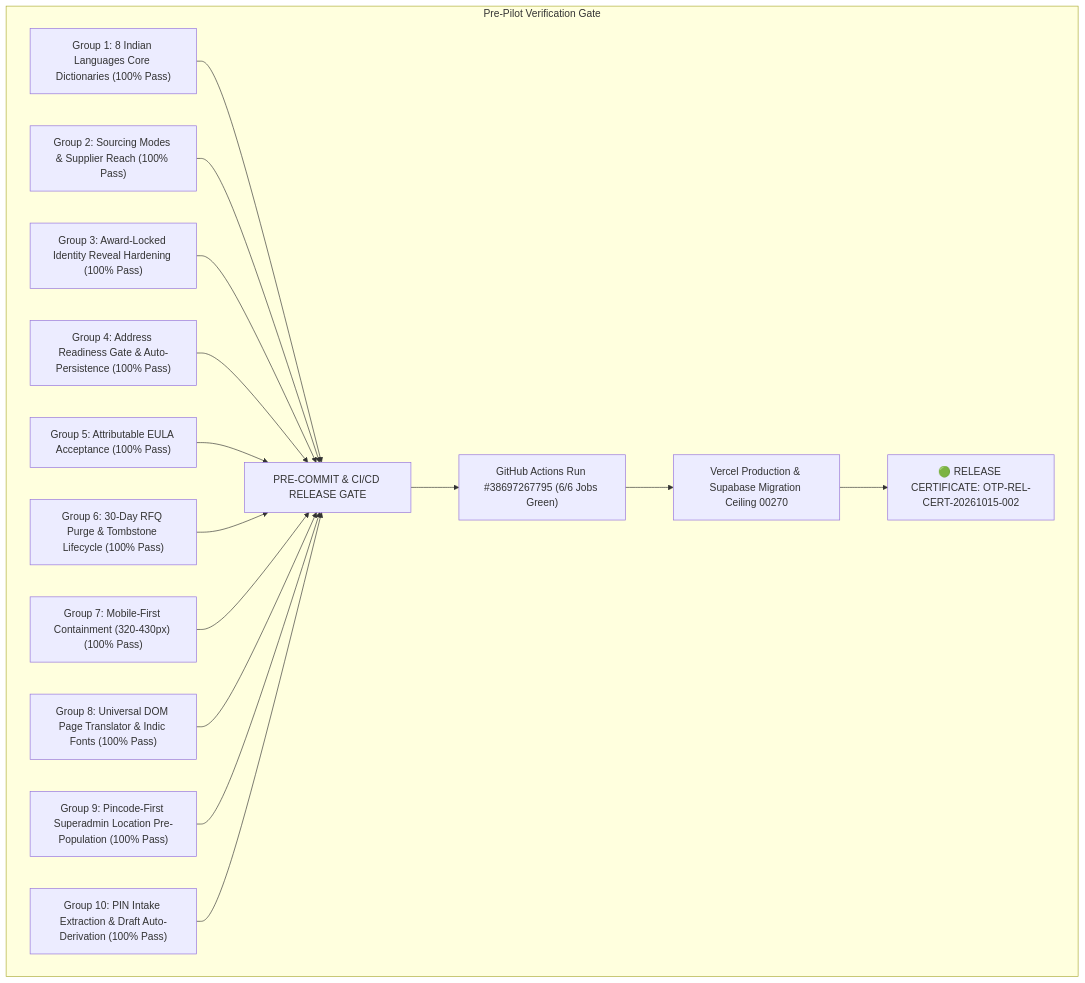
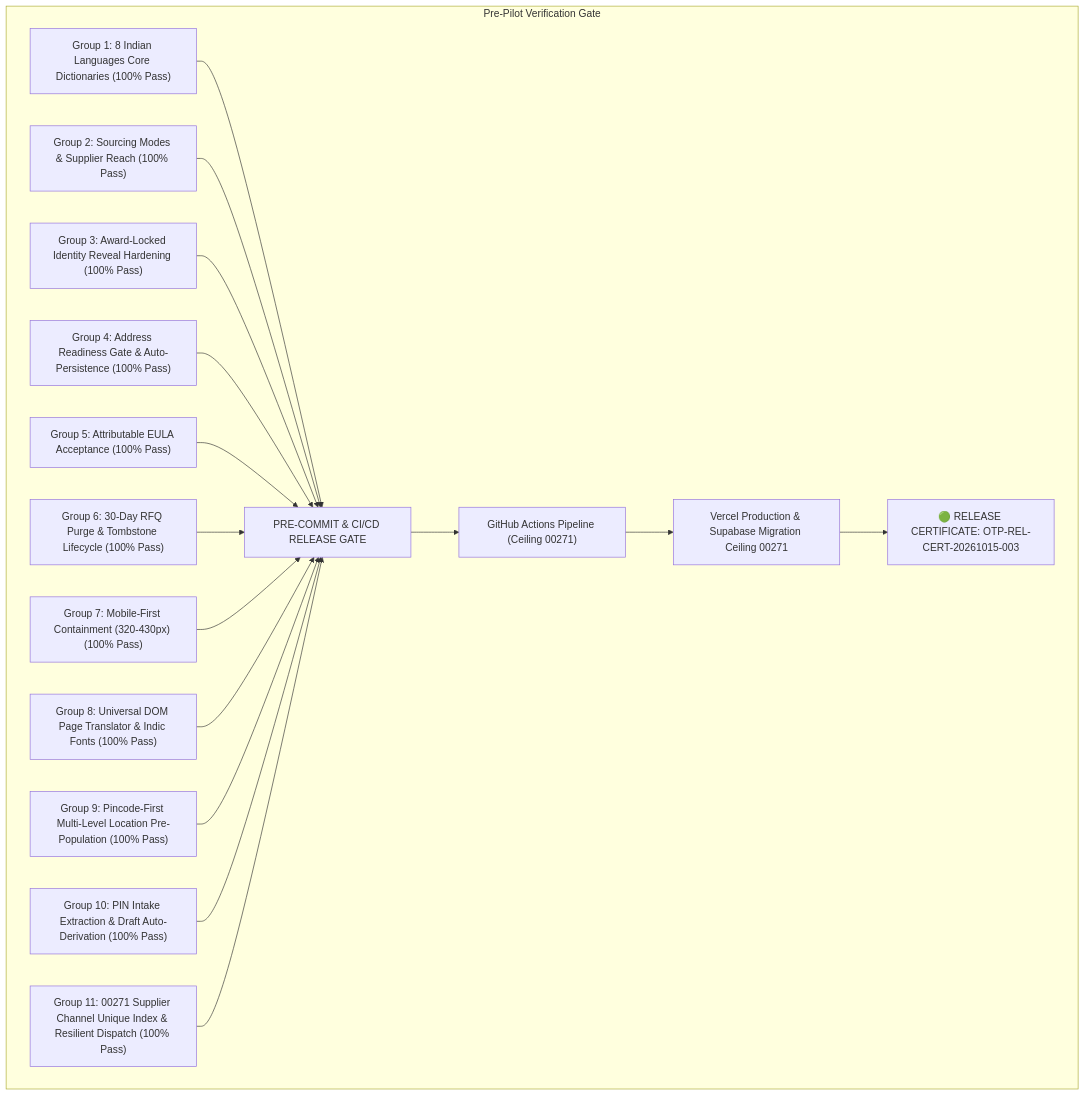
One commit to bvnbasu-otp/otpplatform changed the diagram in docs/15-change-management/OTP_PILOT_FINAL_QUALITY_GATE_AND_RELEASE_CERTIFICATE.md. Above: the diagram before and after it, drawn with Mermaid. The commit also changed other lines of this file and 26 other files, not shown here.

Commit message:
feat: resolve PIN geography multi-level alignment, add migration 00271 for resilient WAHA dispatch, enable real-time page translation, and compile complete platform PDF documentation

````diff
--- a/docs/15-change-management/OTP_PILOT_FINAL_QUALITY_GATE_AND_RELEASE_CERTIFICATE.md
+++ b/docs/15-change-management/OTP_PILOT_FINAL_QUALITY_GATE_AND_RELEASE_CERTIFICATE.md
@@ -27,18 +27,19 @@
 ```mermaid
 flowchart TD
     subgraph Pre-Pilot Verification Gate
         G1["Group 1: 8 Indian Languages Core Dictionaries (100% Pass)"] --> GATE["PRE-COMMIT & CI/CD RELEASE GATE"]
         G2["Group 2: Sourcing Modes & Supplier Reach (100% Pass)"] --> GATE
         G3["Group 3: Award-Locked Identity Reveal Hardening (100% Pass)"] --> GATE
         G4["Group 4: Address Readiness Gate & Auto-Persistence (100% Pass)"] --> GATE
         G5["Group 5: Attributable EULA Acceptance (100% Pass)"] --> GATE
         G6["Group 6: 30-Day RFQ Purge & Tombstone Lifecycle (100% Pass)"] --> GATE
         G7["Group 7: Mobile-First Containment (320-430px) (100% Pass)"] --> GATE
         G8["Group 8: Universal DOM Page Translator & Indic Fonts (100% Pass)"] --> GATE
-        G9["Group 9: Pincode-First Superadmin Location Pre-Population (100% Pass)"] --> GATE
+        G9["Group 9: Pincode-First Multi-Level Location Pre-Population (100% Pass)"] --> GATE
         G10["Group 10: PIN Intake Extraction & Draft Auto-Derivation (100% Pass)"] --> GATE
-        GATE --> CI["GitHub Actions Run #38697267795 (6/6 Jobs Green)"]
-        CI --> PROD["Vercel Production & Supabase Migration Ceiling 00270"]
-        PROD --> CERT["🟢 RELEASE CERTIFICATE: OTP-REL-CERT-20261015-002"]
+        G11["Group 11: 00271 Supplier Channel Unique Index & Resilient Dispatch (100% Pass)"] --> GATE
+        GATE --> CI["GitHub Actions Pipeline (Ceiling 00271)"]
+        CI --> PROD["Vercel Production & Supabase Migration Ceiling 00271"]
+        PROD --> CERT["🟢 RELEASE CERTIFICATE: OTP-REL-CERT-20261015-003"]
     end
 ```
````
